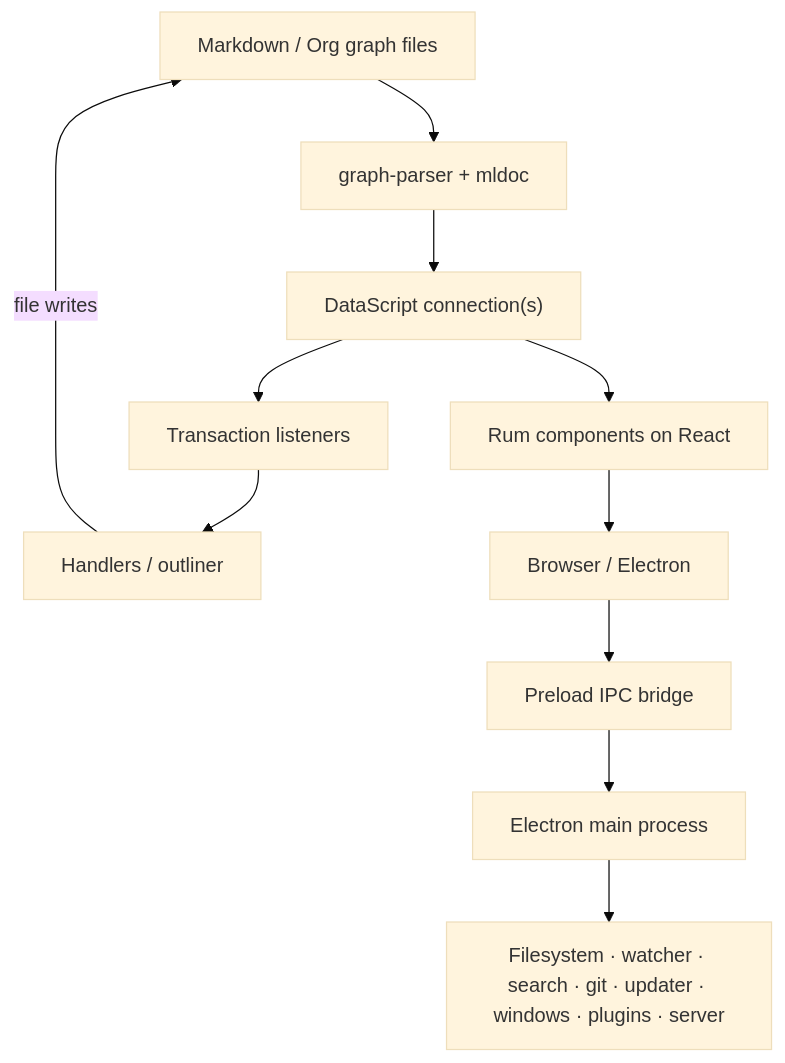
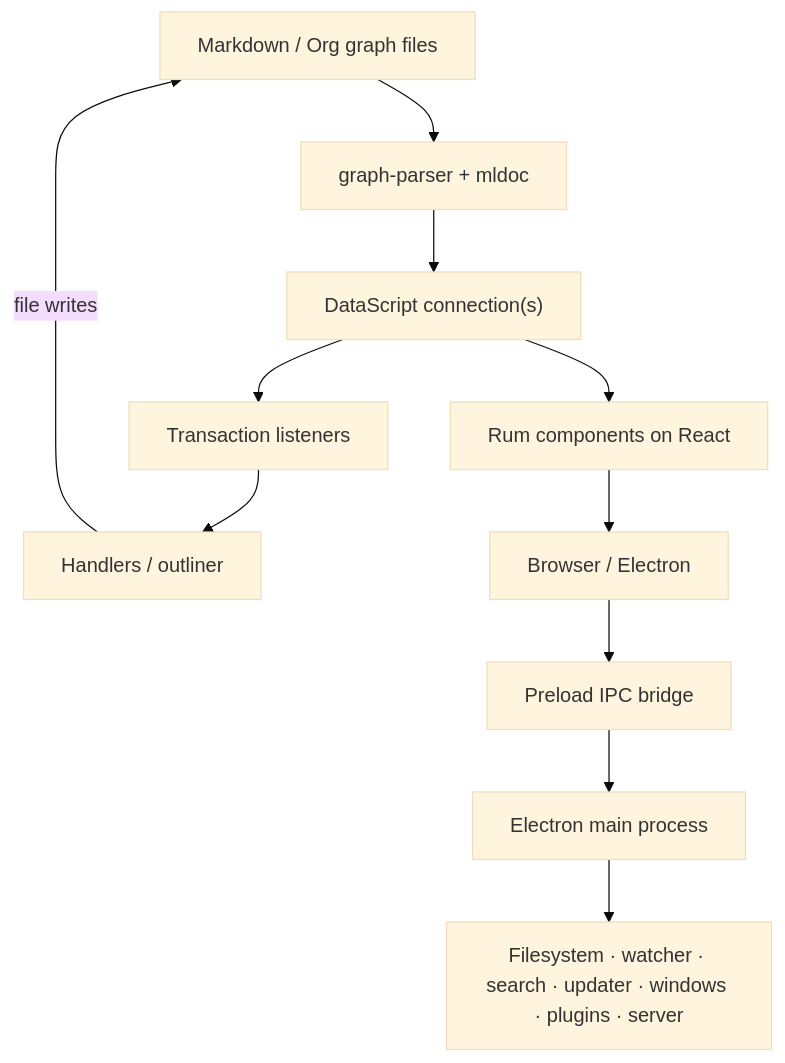
Before and after one commit to talal/logseq-og: the diagram in docs/README.md, drawn with Mermaid (base theme). The commit also changed 80 other files, not shown here.

````diff
--- a/docs/README.md
+++ b/docs/README.md
@@ -65,13 +65,13 @@
 ```mermaid
 flowchart TD
     files["Markdown / Org graph files"] --> parser["graph-parser + mldoc"]
     parser --> db["DataScript connection(s)"]
     db --> listeners["Transaction listeners"]
     listeners --> handlers["Handlers / outliner"]
     handlers -->|file writes| files
     db --> ui["Rum components on React"]
     ui --> hosts["Browser / Electron"]
     hosts --> bridge["Preload IPC bridge"]
     bridge --> main["Electron main process"]
-    main --> capabilities["Filesystem · watcher · search · git · updater · windows · plugins · server"]
+    main --> capabilities["Filesystem · watcher · search · updater · windows · plugins · server"]
 ```
````
